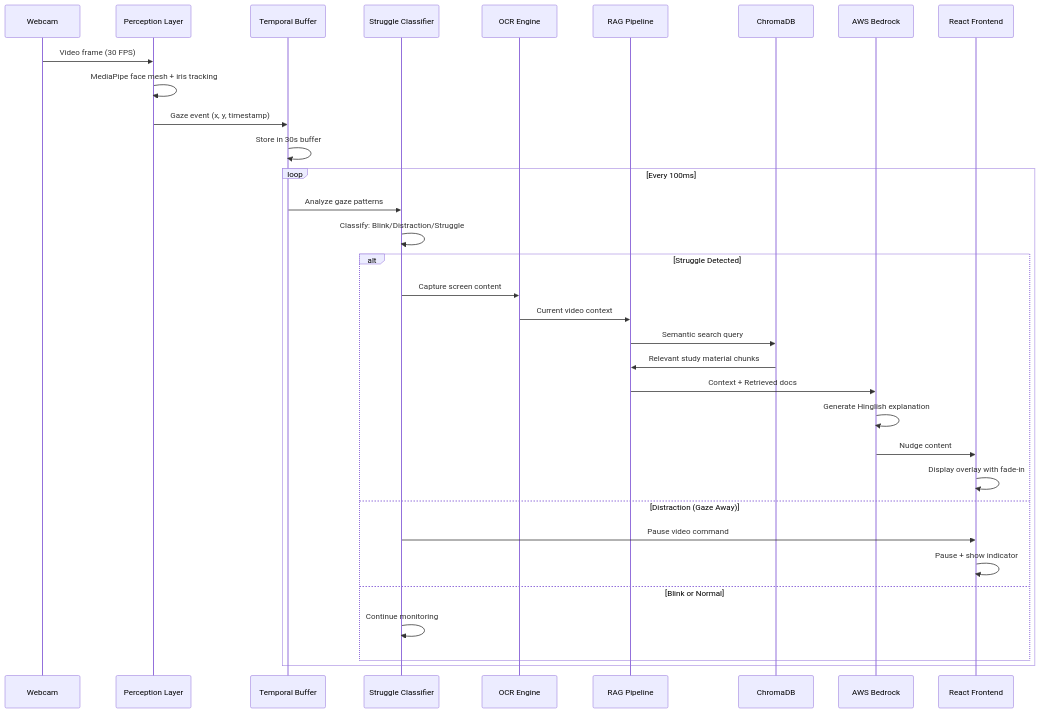
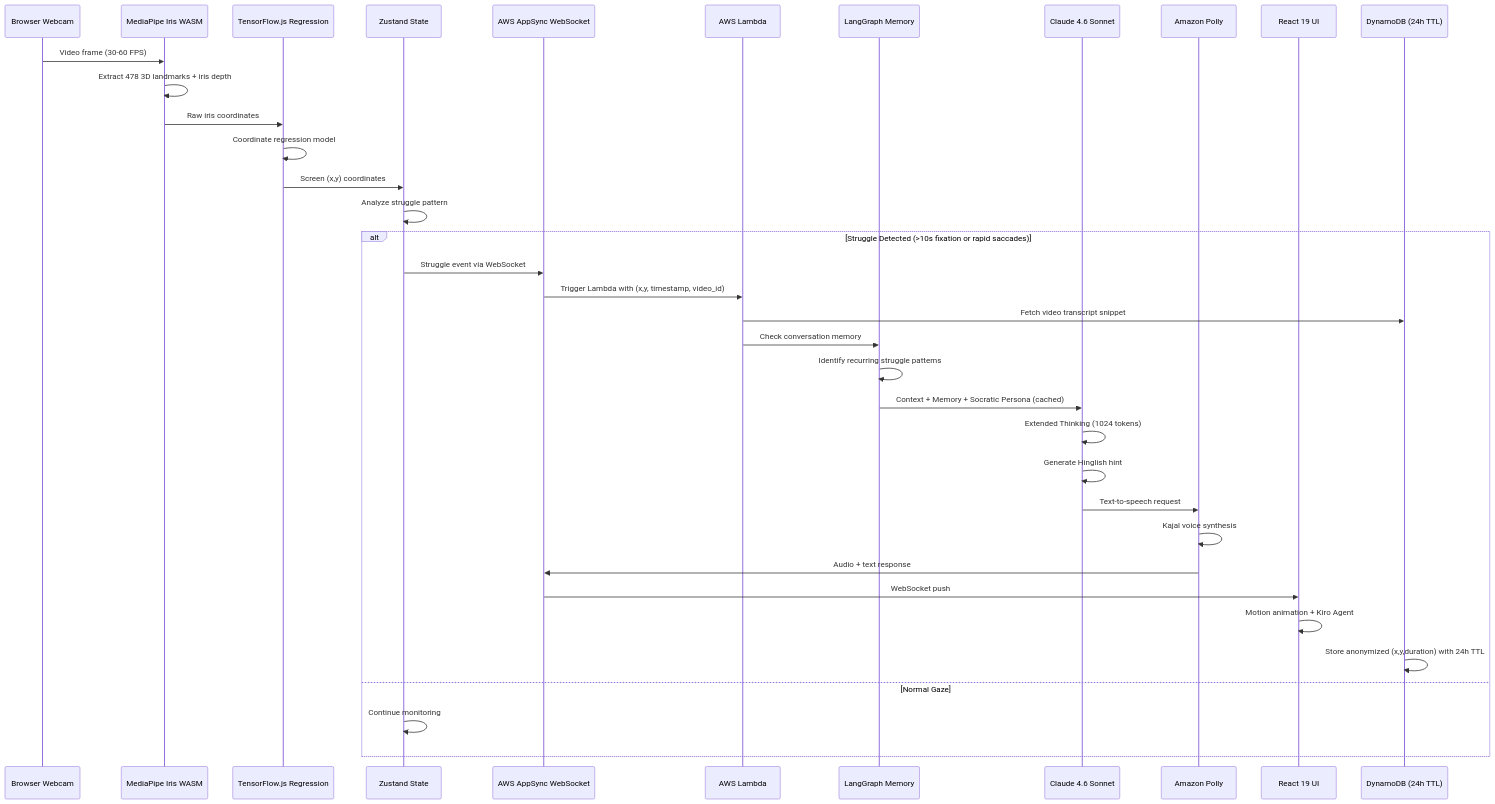
Before and after one commit to Ayush102005/A-Quire: the third of 5 diagrams in .kiro/specs/a-quire/design.md, drawn with Mermaid. The commit also changed other lines of this file and 1 other file, not shown here.

Commit message:
Update A-Quire design with modern tech stack: React 19, Vite 6, Claude 4.6 Sonnet with Extended Thinking, AWS AppSync, and complete infrastructure

````diff
--- a/.kiro/specs/a-quire/design.md
+++ b/.kiro/specs/a-quire/design.md
@@ -303,38 +331,40 @@
 ```mermaid
 sequenceDiagram
-    participant W as Webcam
-    participant P as Perception Layer
-    participant TB as Temporal Buffer
-    participant SC as Struggle Classifier
-    participant OCR as OCR Engine
-    participant RAG as RAG Pipeline
-    participant VDB as ChromaDB
-    participant AI as AWS Bedrock
-    participant UI as React Frontend
+    participant W as Browser Webcam
+    participant MP as MediaPipe Iris WASM
+    participant TF as TensorFlow.js Regression
+    participant Z as Zustand State
+    participant AS as AWS AppSync WebSocket
+    participant L as AWS Lambda
+    participant LG as LangGraph Memory
+    participant C as Claude 4.6 Sonnet
+    participant P as Amazon Polly
+    participant UI as React 19 UI
+    participant DB as DynamoDB (24h TTL)
     
-    W->>P: Video frame (30 FPS)
-    P->>P: MediaPipe face mesh + iris tracking
-    P->>TB: Gaze event (x, y, timestamp)
-    TB->>TB: Store in 30s buffer
+    W->>MP: Video frame (30-60 FPS)
+    MP->>MP: Extract 478 3D landmarks + iris depth
+    MP->>TF: Raw iris coordinates
+    TF->>TF: Coordinate regression model
+    TF->>Z: Screen (x,y) coordinates
+    Z->>Z: Analyze struggle pattern
     
-    loop Every 100ms
-        TB->>SC: Analyze gaze patterns
-        SC->>SC: Classify: Blink/Distraction/Struggle
-        
-        alt Struggle Detected
-            SC->>OCR: Capture screen content
-            OCR->>RAG: Current video context
-            RAG->>VDB: Semantic search query
-            VDB->>RAG: Relevant study material chunks
-            RAG->>AI: Context + Retrieved docs
-            AI->>AI: Generate Hinglish explanation
-            AI->>UI: Nudge content
-            UI->>UI: Display overlay with fade-in
-        else Distraction (Gaze Away)
-            SC->>UI: Pause video command
-            UI->>UI: Pause + show indicator
-        else Blink or Normal
-            SC->>SC: Continue monitoring
-        end
+    alt Struggle Detected (>10s fixation or rapid saccades)
+        Z->>AS: Struggle event via WebSocket
+        AS->>L: Trigger Lambda with (x,y, timestamp, video_id)
+        L->>DB: Fetch video transcript snippet
+        L->>LG: Check conversation memory
+        LG->>LG: Identify recurring struggle patterns
+        LG->>C: Context + Memory + Socratic Persona (cached)
+        C->>C: Extended Thinking (1024 tokens)
+        C->>C: Generate Hinglish hint
+        C->>P: Text-to-speech request
+        P->>P: Kajal voice synthesis
+        P->>AS: Audio + text response
+        AS->>UI: WebSocket push
+        UI->>UI: Motion animation + Kiro Agent
+        DB->>DB: Store anonymized (x,y,duration) with 24h TTL
+    else Normal Gaze
+        Z->>Z: Continue monitoring
     end
 ```
````
